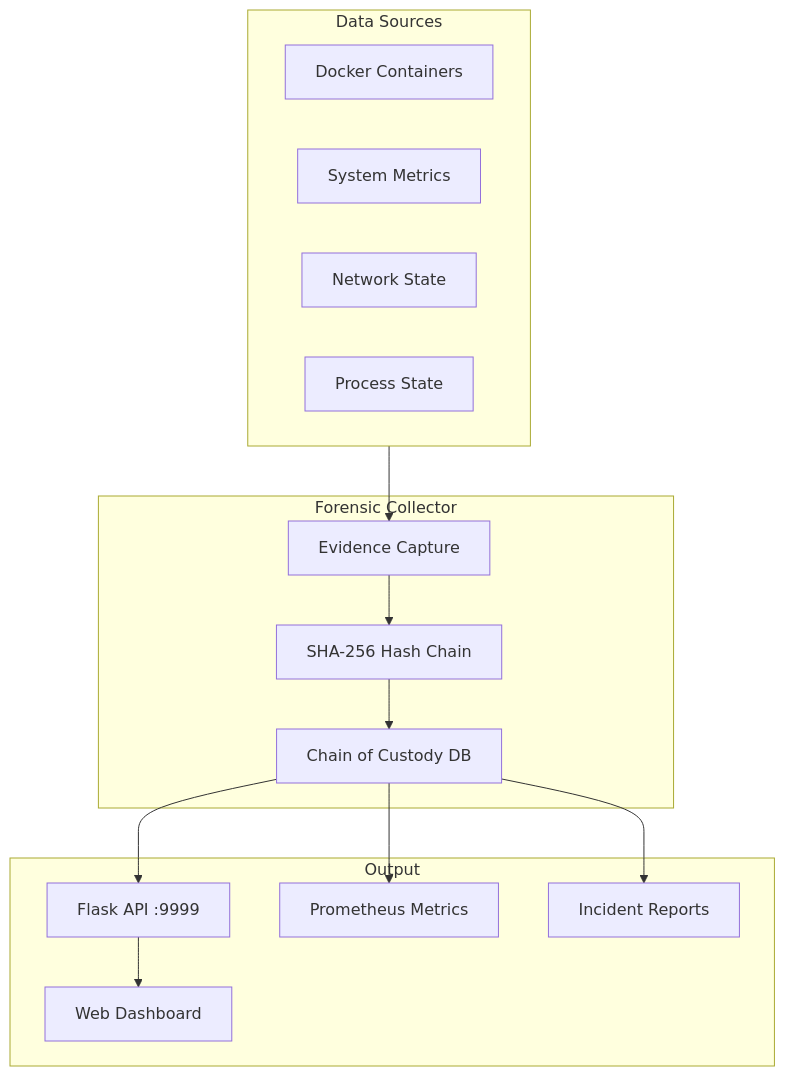
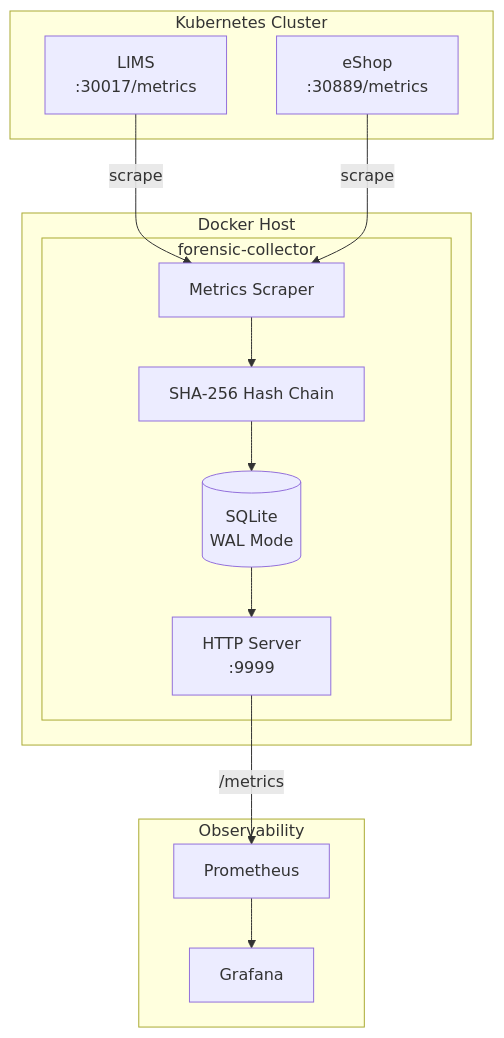
Before and after one commit to GABRIELS562/digital-evidence-pipeline: the diagram in README.md, drawn with Mermaid. The commit also changed other lines of this file and 54 other files, not shown here.

First line of the commit message:
Refactor: Production-ready forensic evidence collector

````diff
--- a/README.md
+++ b/README.md
@@ -22,28 +28,29 @@
 ```mermaid
 flowchart TB
-    subgraph Sources["Data Sources"]
-        DOCKER["Docker Containers"]
-        SYSTEM["System Metrics"]
-        NETWORK["Network State"]
-        PROCESS["Process State"]
+    subgraph K8s["Kubernetes Cluster"]
+        LIMS["LIMS<br/>:30017/metrics"]
+        ESHOP["eShop<br/>:30889/metrics"]
     end
 
-    subgraph Collector["Forensic Collector"]
-        CAPTURE["Evidence Capture"]
-        HASH["SHA-256 Hash Chain"]
-        DB["Chain of Custody DB"]
+    subgraph Docker["Docker Host"]
+        subgraph Collector["forensic-collector"]
+            SCRAPER["Metrics Scraper"]
+            HASHER["SHA-256 Hash Chain"]
+            DB[(SQLite<br/>WAL Mode)]
+            HTTP["HTTP Server<br/>:9999"]
+        end
     end
 
-    subgraph Output["Output"]
-        API["Flask API :9999"]
-        METRICS["Prometheus Metrics"]
-        REPORTS["Incident Reports"]
-        DASH["Web Dashboard"]
+    subgraph Output["Observability"]
+        PROM["Prometheus"]
+        GRAF["Grafana"]
     end
 
-    Sources --> CAPTURE
-    CAPTURE --> HASH
-    HASH --> DB
-    DB --> API & METRICS & REPORTS
-    API --> DASH
+    LIMS -->|scrape| SCRAPER
+    ESHOP -->|scrape| SCRAPER
+    SCRAPER --> HASHER
+    HASHER --> DB
+    DB --> HTTP
+    HTTP -->|/metrics| PROM
+    PROM --> GRAF
 ```
````
